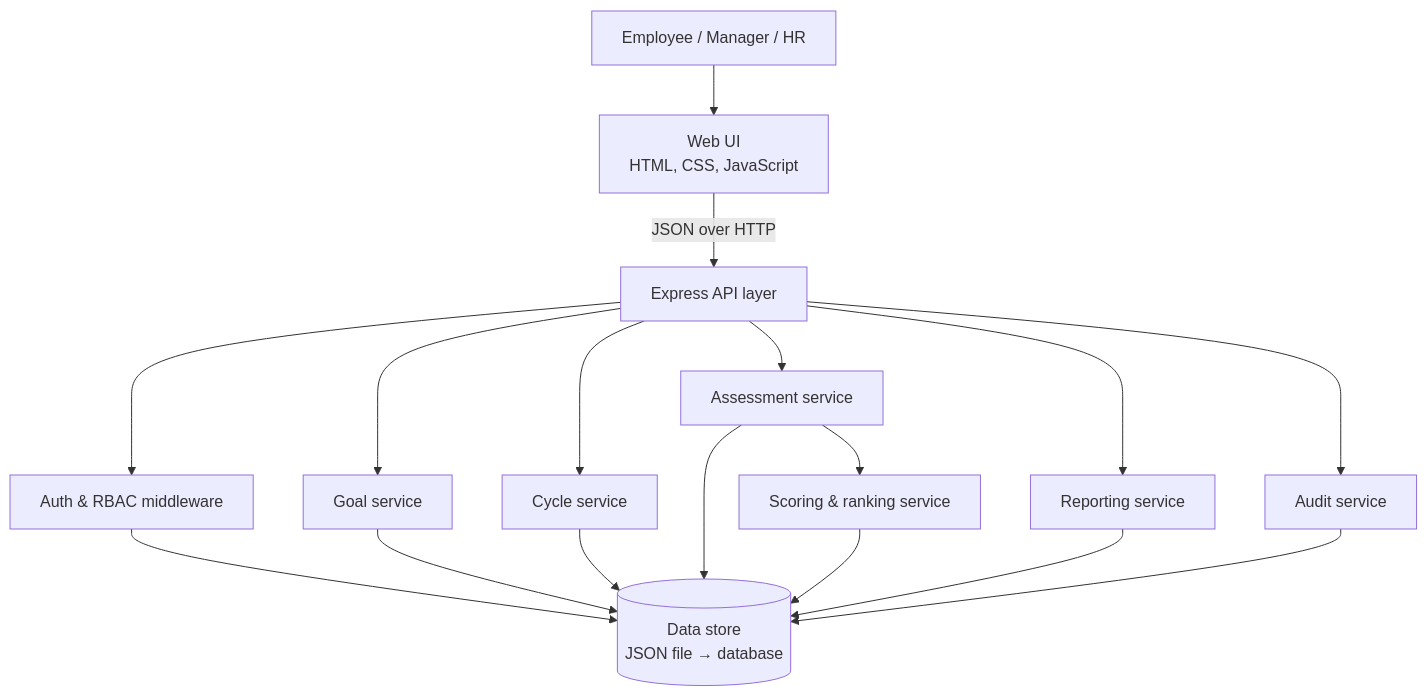
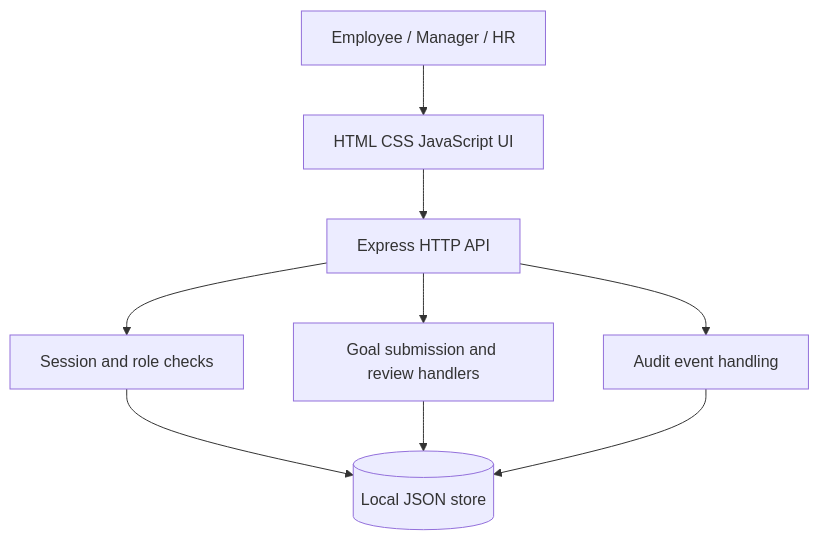
Before and after one commit to GSAIHEMANTH279/Automated-performance-appraisal-system: the first of 3 diagrams in SRS_SAD_TestPlan/SAD.md, drawn with Mermaid. The commit also changed other lines of this file and 19 other files, not shown here.

````diff
--- a/SRS_SAD_TestPlan/SAD.md
+++ b/SRS_SAD_TestPlan/SAD.md
@@ -67,19 +56,11 @@
 ```mermaid
 flowchart TD
-  User[Employee / Manager / HR] --> UI[Web UI<br/>HTML, CSS, JavaScript]
-  UI -->|JSON over HTTP| API[Express API layer]
-  API --> AUTH[Auth & RBAC middleware]
-  API --> GOAL[Goal service]
-  API --> CYCLE[Cycle service]
-  API --> ASSESS[Assessment service]
-  ASSESS --> SCORE[Scoring & ranking service]
-  API --> REPORT[Reporting service]
-  API --> AUDIT[Audit service]
-  AUTH --> STORE[(Data store<br/>JSON file → database)]
-  GOAL --> STORE
-  CYCLE --> STORE
-  ASSESS --> STORE
-  SCORE --> STORE
-  REPORT --> STORE
-  AUDIT --> STORE
+  User[Employee / Manager / HR] --> Browser[HTML CSS JavaScript UI]
+  Browser --> Express[Express HTTP API]
+  Express --> Auth[Session and role checks]
+  Express --> Goal[Goal submission and review handlers]
+  Express --> Audit[Audit event handling]
+  Auth --> Store[(Local JSON store)]
+  Goal --> Store
+  Audit --> Store
 ```
````
